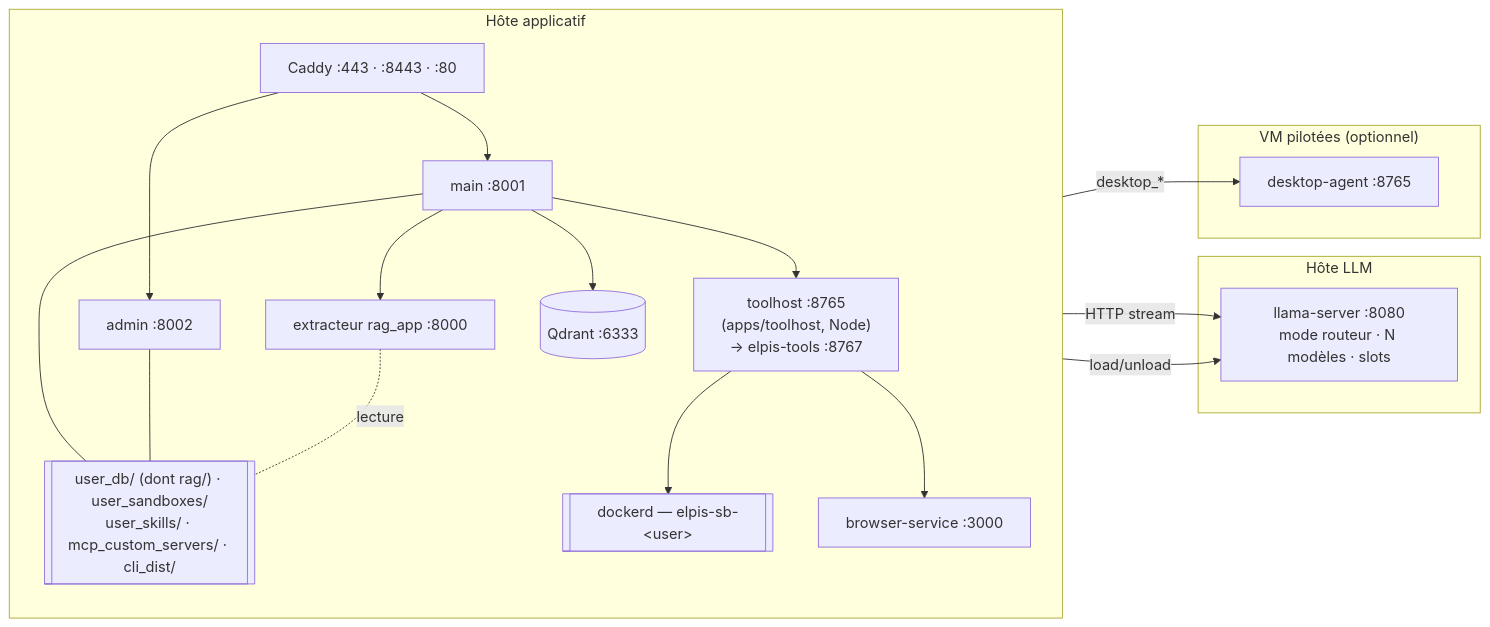
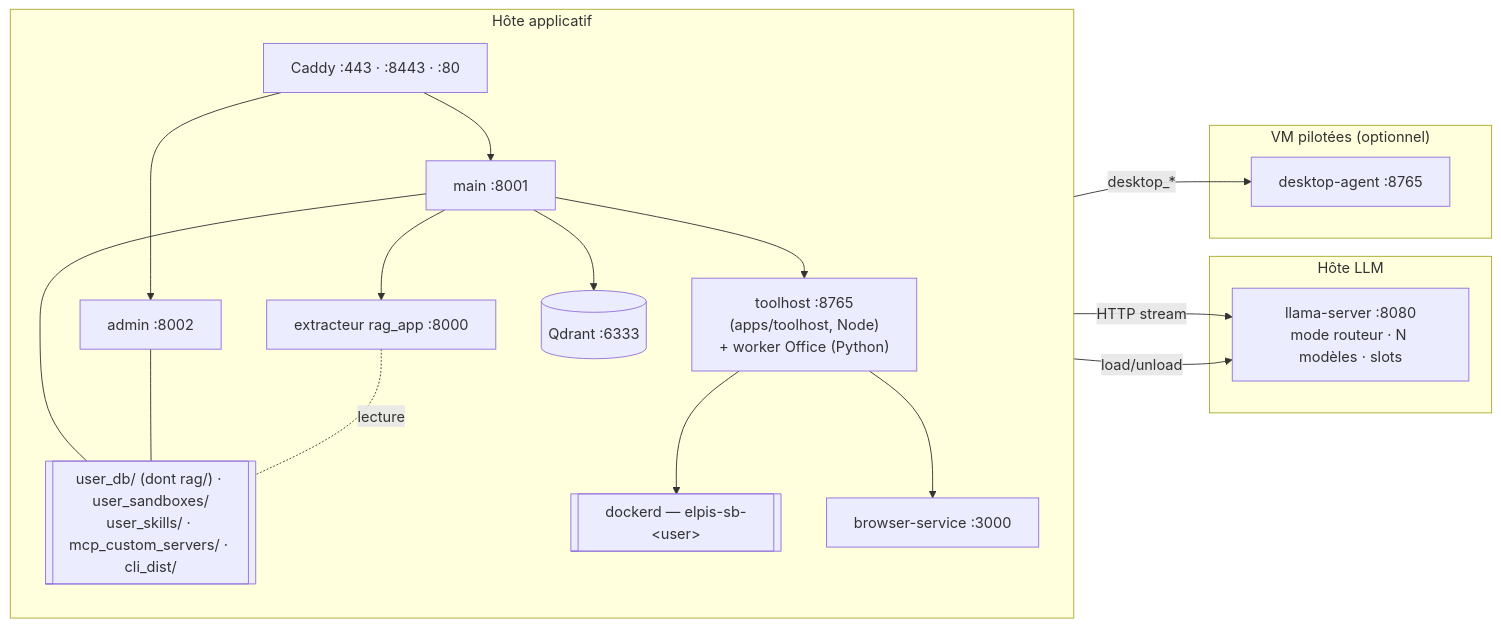
Before and after one commit to toto-fou/Elpis: the second of 16 diagrams in docs/architecture.md, drawn with Mermaid. The commit also changed other lines of this file and 325 other files, not shown here.

First line of the commit message:
Python cleanup: elpis-tools retired, Office engine as a toolhost worker

````diff
--- a/docs/architecture.md
+++ b/docs/architecture.md
@@ -220,31 +218,31 @@
 ```mermaid
 flowchart LR
     subgraph host1["Hôte applicatif"]
         direction TB
         c["Caddy :443 · :8443 · :80"]
         m["main :8001"]
         a["admin :8002"]
-        s["toolhost :8765<br/>(apps/toolhost, Node)<br/>→ elpis-tools :8767"]
+        s["toolhost :8765<br/>(apps/toolhost, Node)<br/>+ worker Office (Python)"]
         b["browser-service :3000"]
         r["extracteur rag_app :8000"]
         q[("Qdrant :6333")]
         d[["user_db/ (dont rag/) · user_sandboxes/<br/>user_skills/ · mcp_custom_servers/ · cli_dist/"]]
         dk[["dockerd — elpis-sb-&lt;user&gt;"]]
         c --> m & a
         m --- d
         a --- d
         m --> s --> dk
         s --> b
         m --> r & q
         r -. "lecture" .- d
     end
     subgraph host2["Hôte LLM"]
         l["llama-server :8080<br/>mode routeur · N modèles · slots"]
     end
     subgraph host4["VM pilotées (optionnel)"]
         ag["desktop-agent :8765"]
     end
     m -- HTTP stream --> l
     a -- "load/unload" --> l
     s -- "desktop_*" --> ag
 ```
````
